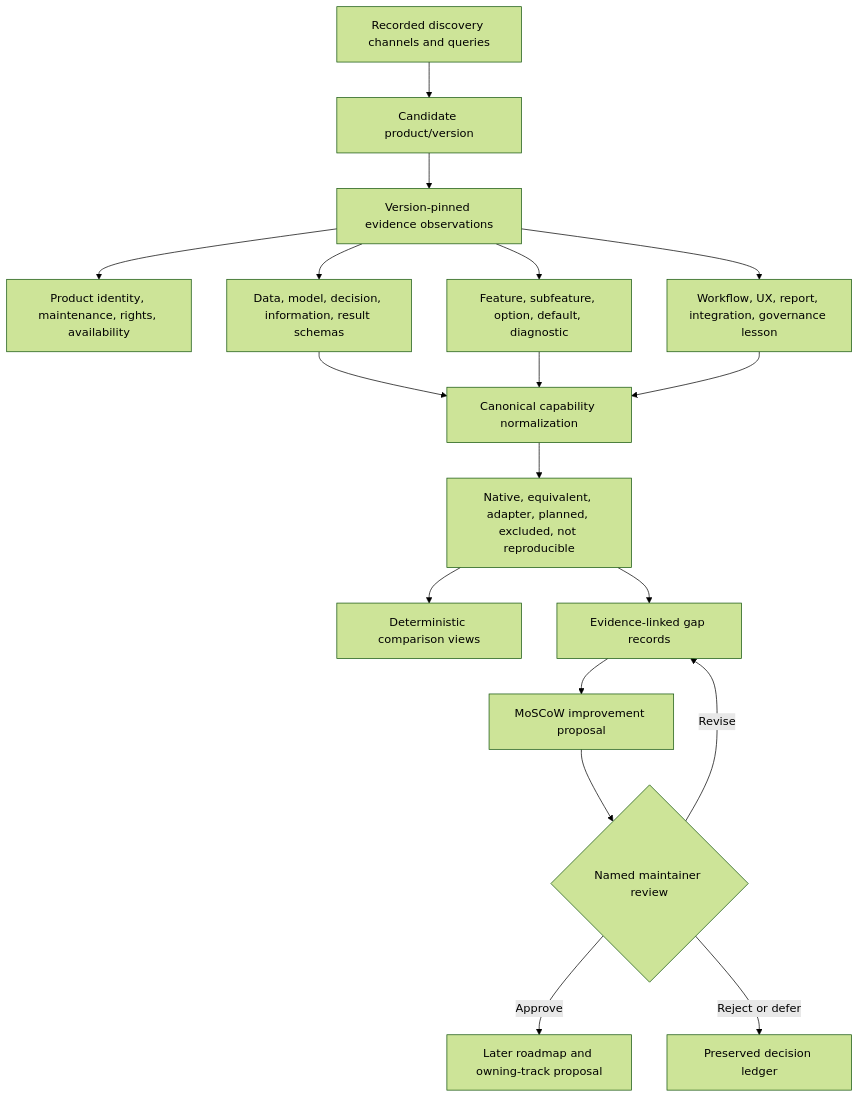
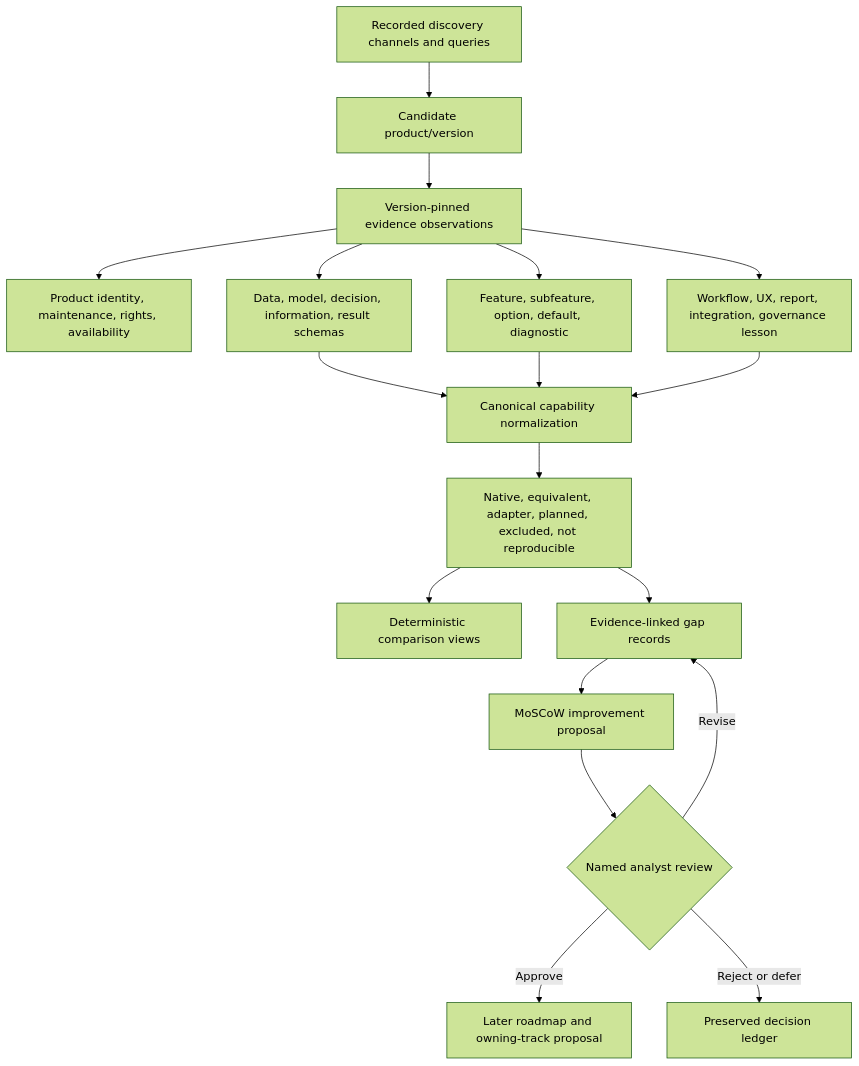
Before and after one commit to edithatogo/voiage: the first of 2 diagrams in conductor/tracks/external_voi_library_feature_parity_20260723/design.md, drawn with Mermaid (forest theme). The commit also changed other lines of this file and 8 other files, not shown here.

Commit message:
docs(conductor): name landscape analyst review role

````diff
--- a/conductor/tracks/external_voi_library_feature_parity_20260723/design.md
+++ b/conductor/tracks/external_voi_library_feature_parity_20260723/design.md
@@ -3,20 +3,20 @@
 ```mermaid
 flowchart TD
     Search["Recorded discovery channels and queries"] --> Candidate["Candidate product/version"]
     Candidate --> Evidence["Version-pinned evidence observations"]
     Evidence --> Product["Product identity, maintenance, rights, availability"]
     Evidence --> Schema["Data, model, decision, information, result schemas"]
     Evidence --> Capability["Feature, subfeature, option, default, diagnostic"]
     Evidence --> Adoption["Workflow, UX, report, integration, governance lesson"]
     Schema --> Normalize["Canonical capability normalization"]
     Capability --> Normalize
     Adoption --> Normalize
     Normalize --> Parity["Native, equivalent, adapter, planned, excluded, not reproducible"]
     Parity --> Matrix["Deterministic comparison views"]
     Parity --> Gaps["Evidence-linked gap records"]
     Gaps --> Proposal["MoSCoW improvement proposal"]
-    Proposal --> Human{"Named maintainer review"}
-    Human -- Approve --> Route["Later roadmap and owning-track proposal"]
-    Human -- Reject or defer --> Decision["Preserved decision ledger"]
-    Human -- Revise --> Gaps
+    Proposal --> Analyst{"Named analyst review"}
+    Analyst -- Approve --> Route["Later roadmap and owning-track proposal"]
+    Analyst -- Reject or defer --> Decision["Preserved decision ledger"]
+    Analyst -- Revise --> Gaps
 ```
````
